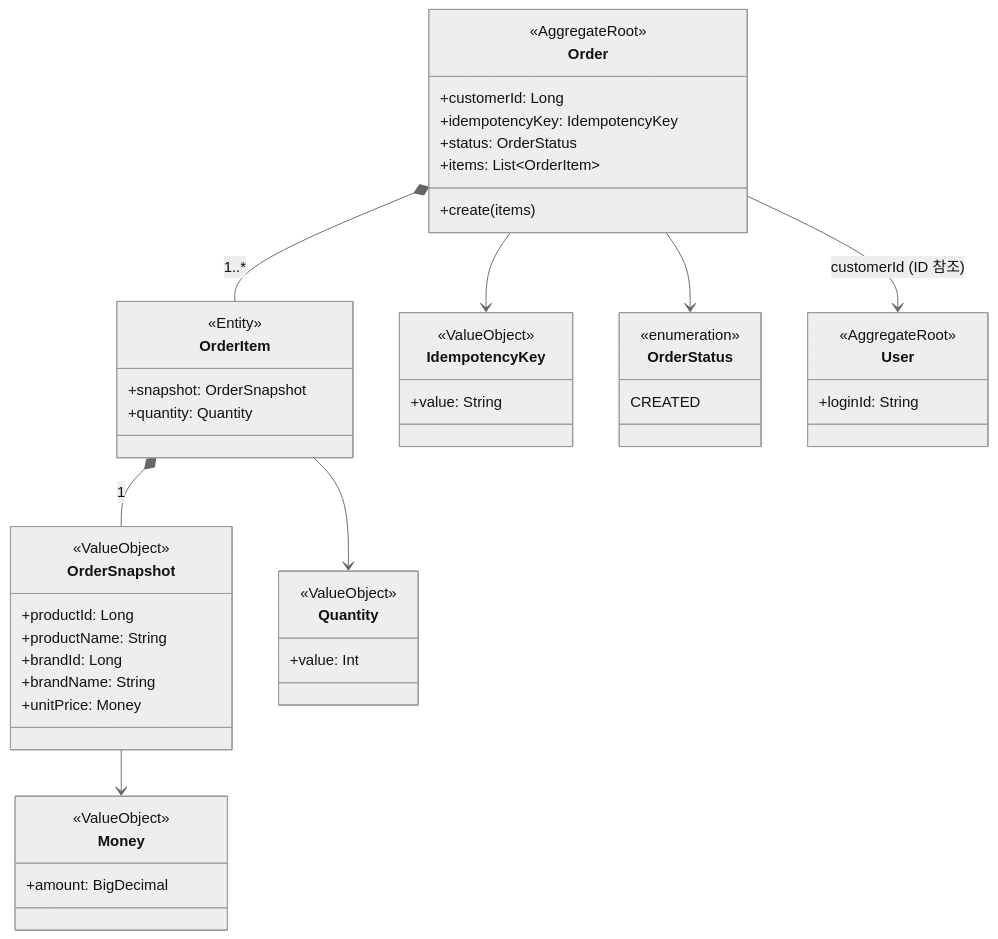
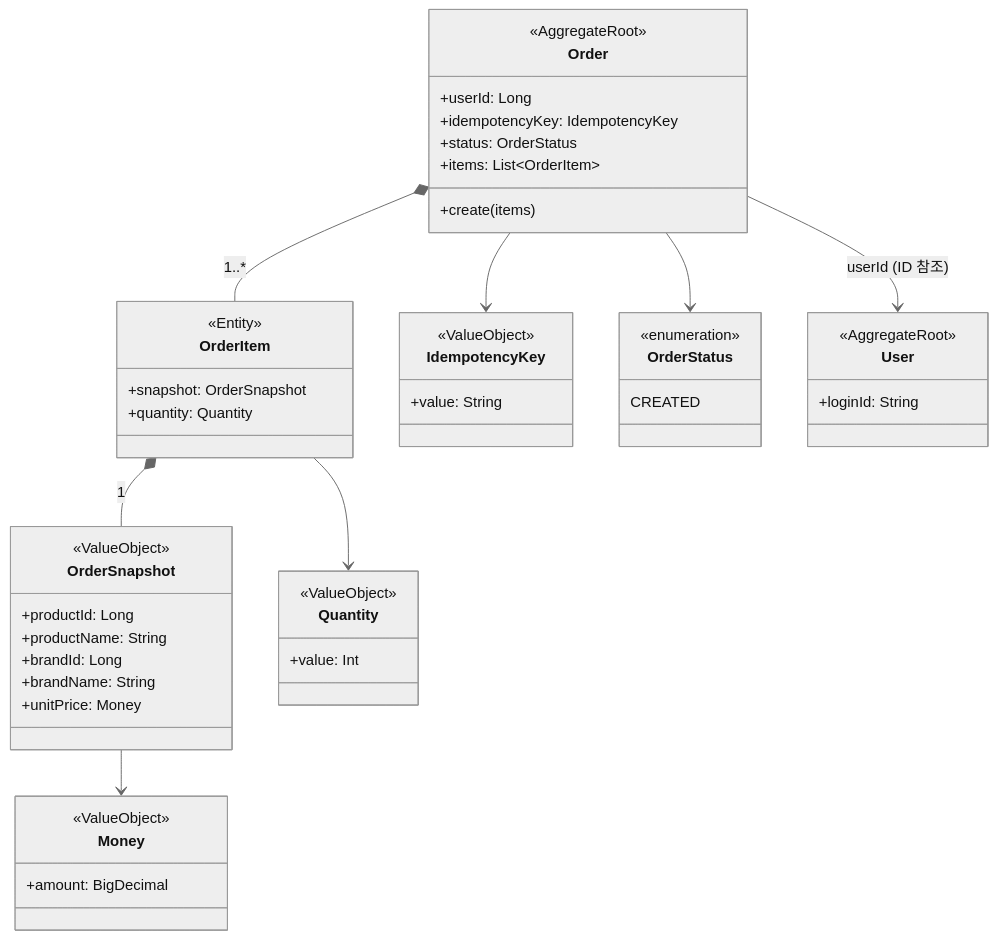
Before and after one commit to Loopers-dev-lab/loop-pack-be-l2-vol3-kotlin: the tenth of 19 diagrams in docs/design/02-class-diagram.md, drawn with Mermaid (neutral theme). The commit also changed other lines of this file and 4 other files, not shown here.

````diff
--- a/docs/design/02-class-diagram.md
+++ b/docs/design/02-class-diagram.md
@@ -563,59 +617,59 @@
 ```mermaid
 classDiagram
     class Order {
         <<AggregateRoot>>
-        +customerId: Long
+        +userId: Long
         +idempotencyKey: IdempotencyKey
         +status: OrderStatus
         +items: List~OrderItem~
         +create(items)
     }
 
     class OrderItem {
         <<Entity>>
         +snapshot: OrderSnapshot
         +quantity: Quantity
     }
 
     class OrderSnapshot {
         <<ValueObject>>
         +productId: Long
         +productName: String
         +brandId: Long
         +brandName: String
         +unitPrice: Money
     }
 
     class Money {
         <<ValueObject>>
         +amount: BigDecimal
     }
 
     class Quantity {
         <<ValueObject>>
         +value: Int
     }
 
     class IdempotencyKey {
         <<ValueObject>>
         +value: String
     }
 
     class OrderStatus {
         <<enumeration>>
         CREATED
     }
 
     class User {
         <<AggregateRoot>>
         +loginId: String
     }
 
     Order *-- OrderItem: 1..*
     OrderItem *-- OrderSnapshot: 1
     OrderItem --> Quantity
     OrderSnapshot --> Money
     Order --> IdempotencyKey
     Order --> OrderStatus
-    Order --> User: customerId (ID 참조)
+    Order --> User: userId (ID 참조)
 ```
````
